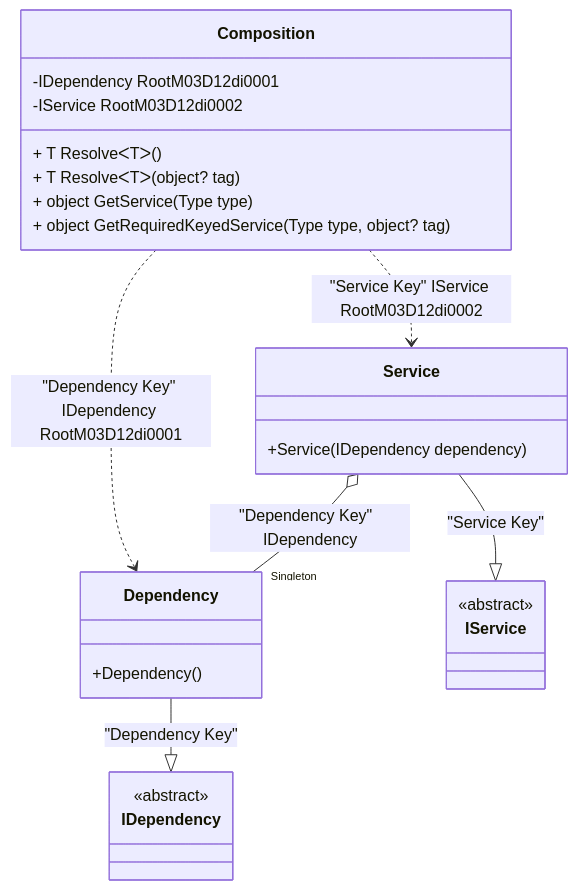
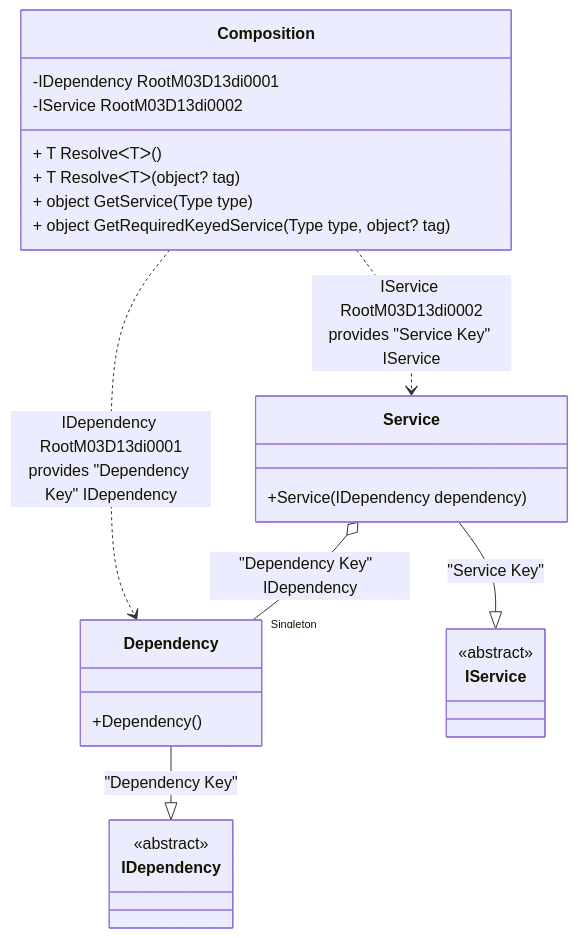
One commit to DevTeam/Pure.DI changed the diagram in readme/keyed-service-provider.md. Above: the diagram before and after it, drawn with Mermaid. The commit also changed other lines of this file and 73 other files, not shown here.

````diff
--- a/readme/keyed-service-provider.md
+++ b/readme/keyed-service-provider.md
@@ -50,28 +50,28 @@
 ```mermaid
 classDiagram
   class Composition {
-    -IDependency RootM03D12di0001
-    -IService RootM03D12di0002
+    -IDependency RootM03D13di0001
+    -IService RootM03D13di0002
     + T ResolveᐸTᐳ()
     + T ResolveᐸTᐳ(object? tag)
     + object GetService(Type type)
     + object GetRequiredKeyedService(Type type, object? tag)
   }
   Dependency --|> IDependency : "Dependency Key" 
   class Dependency {
     +Dependency()
   }
   Service --|> IService : "Service Key" 
   class Service {
     +Service(IDependency dependency)
   }
   class IDependency {
     <<abstract>>
   }
   class IService {
     <<abstract>>
   }
   Service o--  "Singleton" Dependency : "Dependency Key"  IDependency
-  Composition ..> Dependency : "Dependency Key" IDependency RootM03D12di0001
-  Composition ..> Service : "Service Key" IService RootM03D12di0002
+  Composition ..> Dependency : IDependency RootM03D13di0001<br/>provides "Dependency Key" IDependency
+  Composition ..> Service : IService RootM03D13di0002<br/>provides "Service Key" IService
 ```
````
